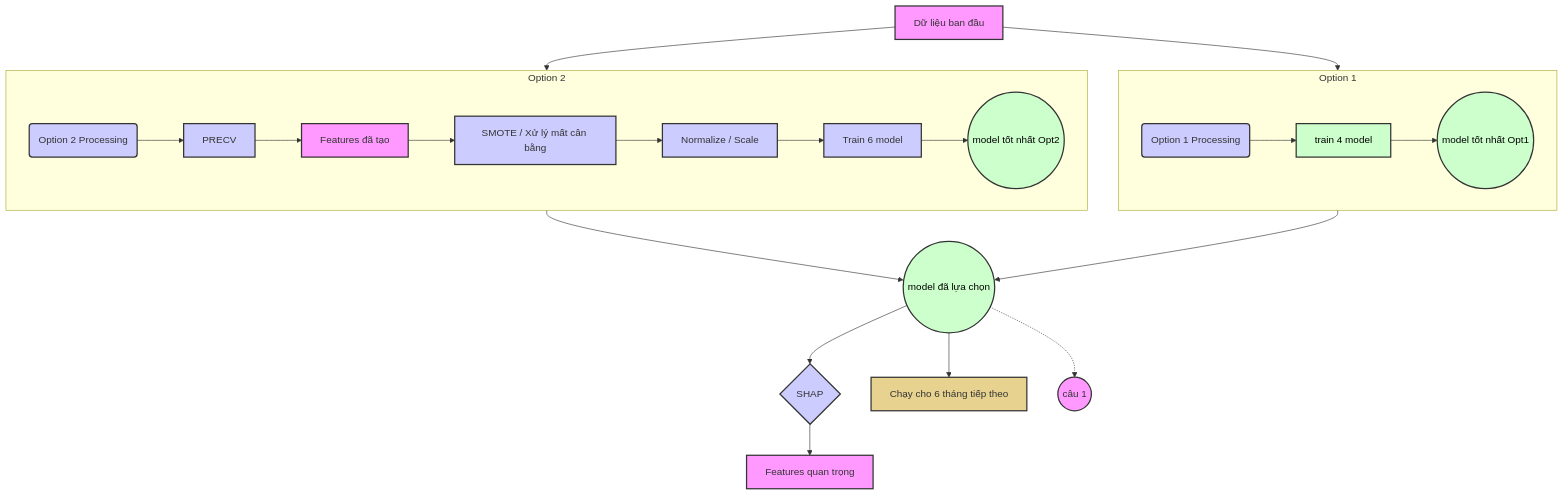
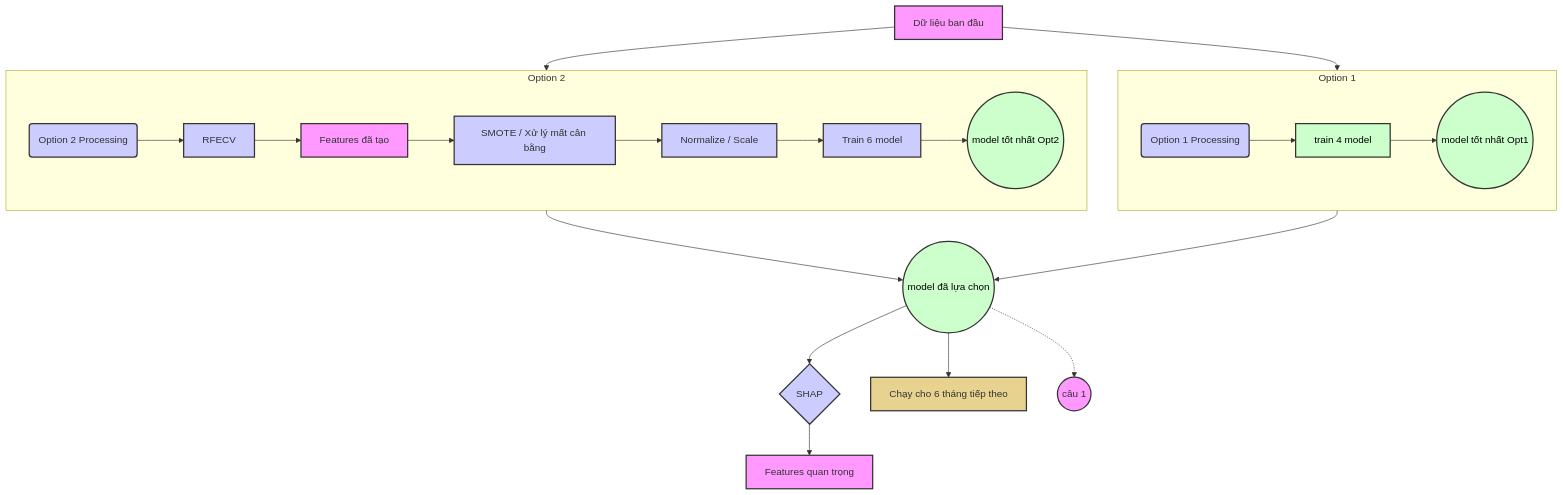
One commit to ShayNeeo/confess-crush changed the ninth of 9 diagrams in question.md. Above: the diagram before and after it, drawn with Mermaid.

````diff
--- a/question.md
+++ b/question.md
@@ -208,41 +208,41 @@
 ```mermaid
 graph TD
     A[Dữ liệu ban đầu] --> B(Option 1 Processing);
     A --> C(Option 2 Processing);
 
     subgraph Option 1
         direction LR
         B --> B1[train 4 model];
         B1 --> B2((model tốt nhất Opt1));
     end
 
     subgraph Option 2
         direction LR
-        C --> C1[PRECV];
+        C --> C1[RFECV];
         C1 --> C2[Features đã tạo];
         C2 --> C3[SMOTE / Xử lý mất cân bằng];
         C3 --> C4[Normalize / Scale];
         C4 --> C5[Train 6 model];
         C5 --> C6((model tốt nhất Opt2));
     end
 
     B2 --> D((model đã lựa chọn));
     C6 --> D;
 
     D --> E{SHAP};
     E --> F[Features quan trọng];
     D --> G[Chạy cho 6 tháng tiếp theo];
     D -.-> H((câu 1));
 
     %% Styling (Tùy chọn)
     classDef data fill:#f9f,stroke:#333,stroke-width:2px;
     classDef process fill:#ccf,stroke:#333,stroke-width:2px;
     classDef model fill:#cfc,stroke:#333,stroke-width:2px,color:#000;
     classDef decision fill:#f80,stroke:#333,stroke-width:2px;
     classDef deployment fill:#e7d38f,stroke:#333,stroke-width:2px;
 
     class A,C2,F,H data;
     class B,C,C1,C3,C4,C5,E process;
     class B1,B2,C6,D model;
     class G deployment;
 ```
````
